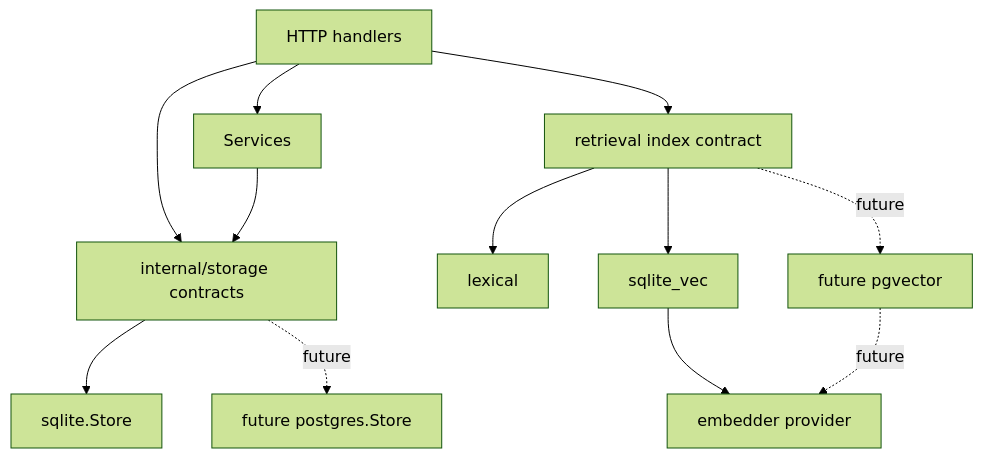
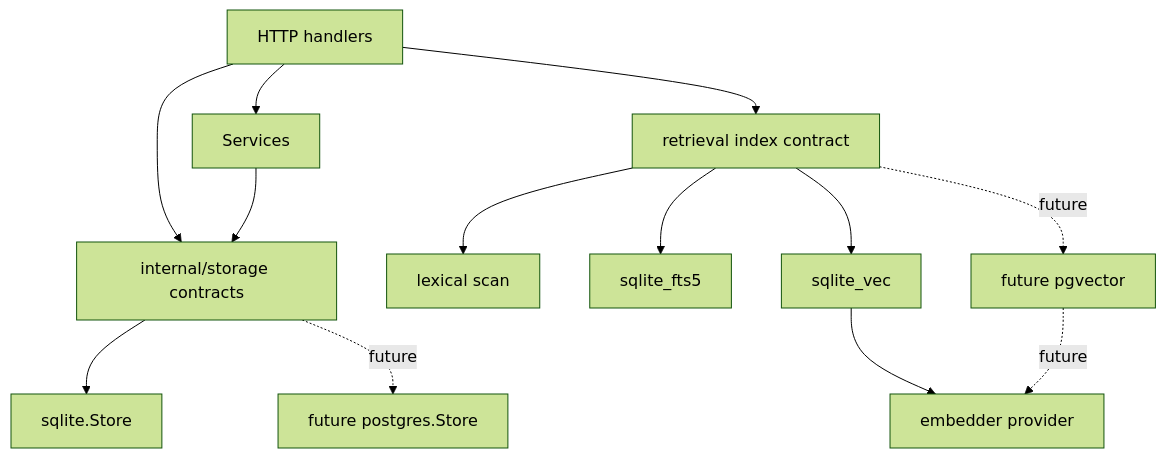
The second of 2 diagrams in docs/v3-storage-retrieval-backends.md (avelrl/llama_shim), drawn with Mermaid (forest theme) before and after one commit. The commit also changed other lines of this file and 14 other files, not shown here.

Commit message:
Add SQLite FTS5 retrieval backend

````diff
--- a/docs/v3-storage-retrieval-backends.md
+++ b/docs/v3-storage-retrieval-backends.md
@@ -88,26 +91,28 @@
 ```mermaid
 flowchart TB
   routes["HTTP handlers"]
   services["Services"]
   storageContracts["internal/storage contracts"]
   sqliteStore["sqlite.Store"]
   futurePg["future postgres.Store"]
   retrievalIndex["retrieval index contract"]
-  lexical["lexical"]
+  lexical["lexical scan"]
+  fts5["sqlite_fts5"]
   sqliteVec["sqlite_vec"]
   futurePgVector["future pgvector"]
   embedder["embedder provider"]
 
   routes --> services
   routes --> storageContracts
   services --> storageContracts
   storageContracts --> sqliteStore
   storageContracts -. future .-> futurePg
 
   routes --> retrievalIndex
   retrievalIndex --> lexical
+  retrievalIndex --> fts5
   retrievalIndex --> sqliteVec
   retrievalIndex -. future .-> futurePgVector
   sqliteVec --> embedder
   futurePgVector -. future .-> embedder
 ```
````
